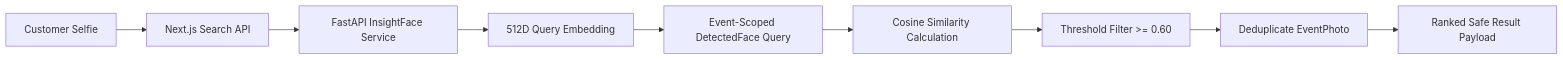
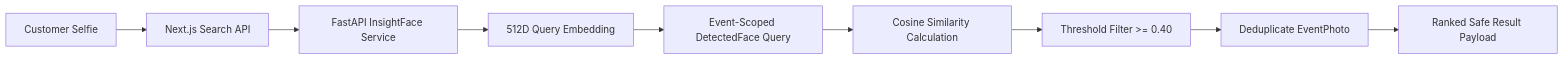
The diagram in docs/face-search.md (NPC39/Faceimage_Project), drawn with Mermaid before and after one commit. The commit also changed other lines of this file and 15 other files, not shown here.

````diff
--- a/docs/face-search.md
+++ b/docs/face-search.md
@@ -7,11 +7,11 @@
 ```mermaid
 flowchart LR
     A[Customer Selfie] --> B[Next.js Search API]
     B --> C[FastAPI InsightFace Service]
     C --> D[512D Query Embedding]
     D --> E[Event-Scoped DetectedFace Query]
     E --> F[Cosine Similarity Calculation]
-    F --> G[Threshold Filter >= 0.60]
+    F --> G[Threshold Filter >= 0.40]
     G --> H[Deduplicate EventPhoto]
     H --> I[Ranked Safe Result Payload]
 ```
````
